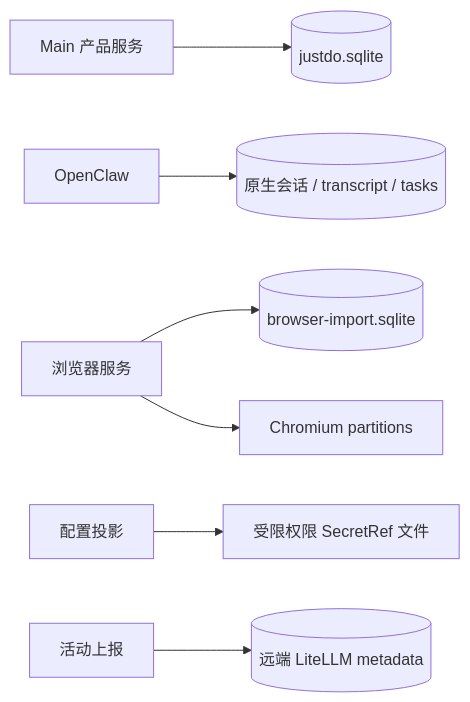
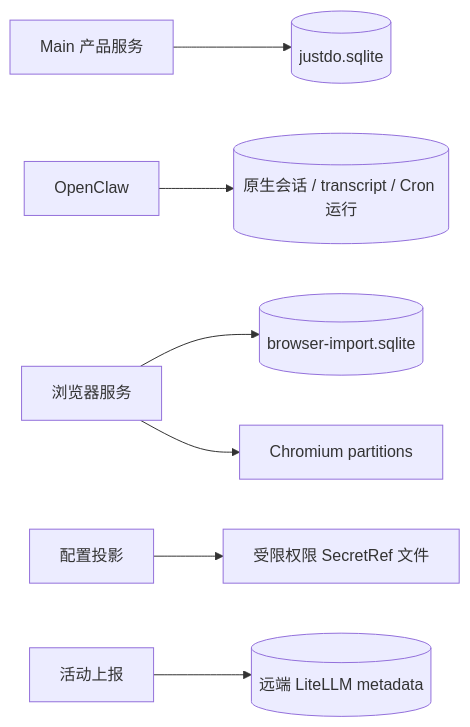
The first of 2 diagrams in docs/architecture/10-data-storage.md (liangxhao/JustDo), drawn with Mermaid before and after one commit. The commit also changed other lines of this file and 243 other files, not shown here.

First line of the commit message:
feat(engine): upgrade OpenClaw to v2026.9.8

````diff
--- a/docs/architecture/10-data-storage.md
+++ b/docs/architecture/10-data-storage.md
@@ -13,9 +13,9 @@
 ```mermaid
 flowchart LR
   Main[Main 产品服务] --> Product[(justdo.sqlite)]
-  Gateway[OpenClaw] --> Native[(原生会话 / transcript / tasks)]
+  Gateway[OpenClaw] --> Native[(原生会话 / transcript / Cron 运行)]
   Browser[浏览器服务] --> BrowserDB[(browser-import.sqlite)]
   Browser --> Partition[Chromium partitions]
   Config[配置投影] --> Secret[受限权限 SecretRef 文件]
   Activity[活动上报] --> Remote[(远端 LiteLLM metadata)]
 ```
````
